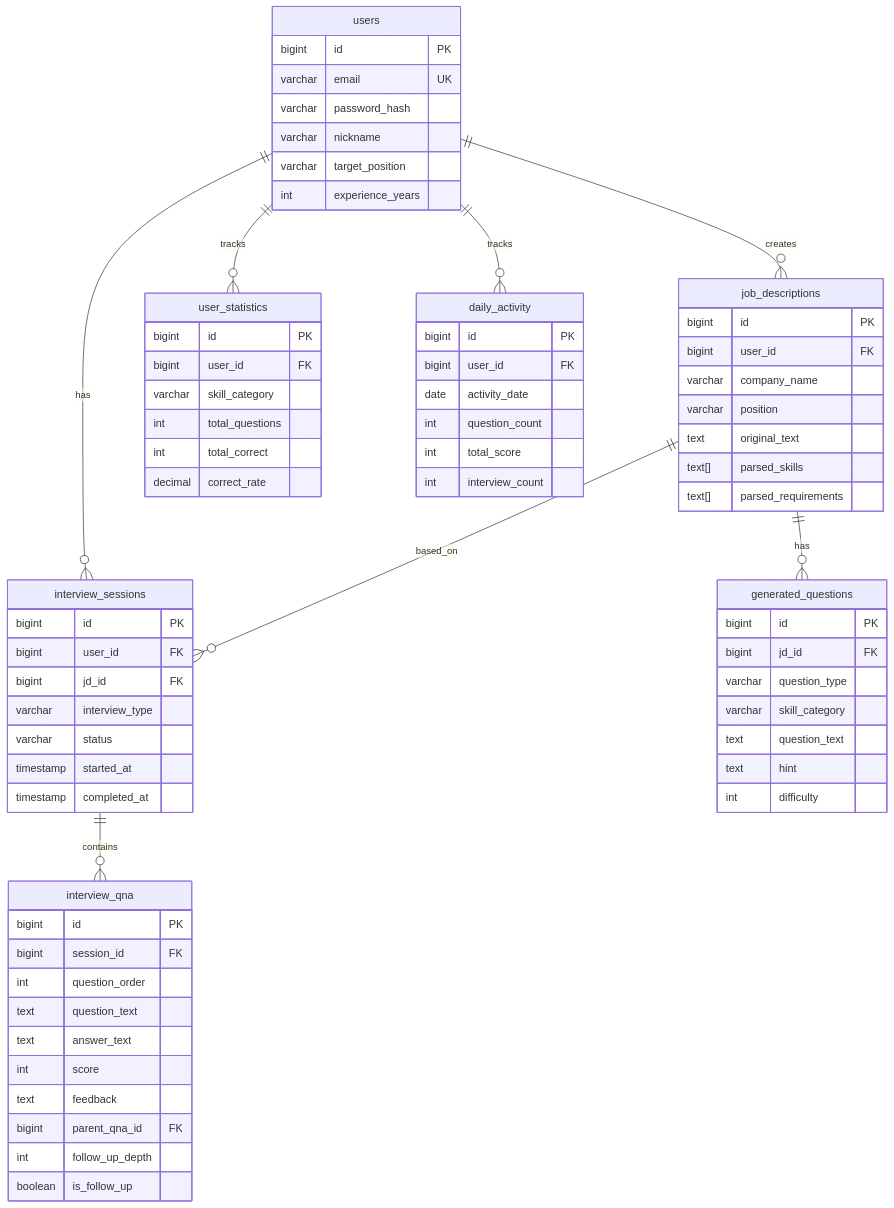
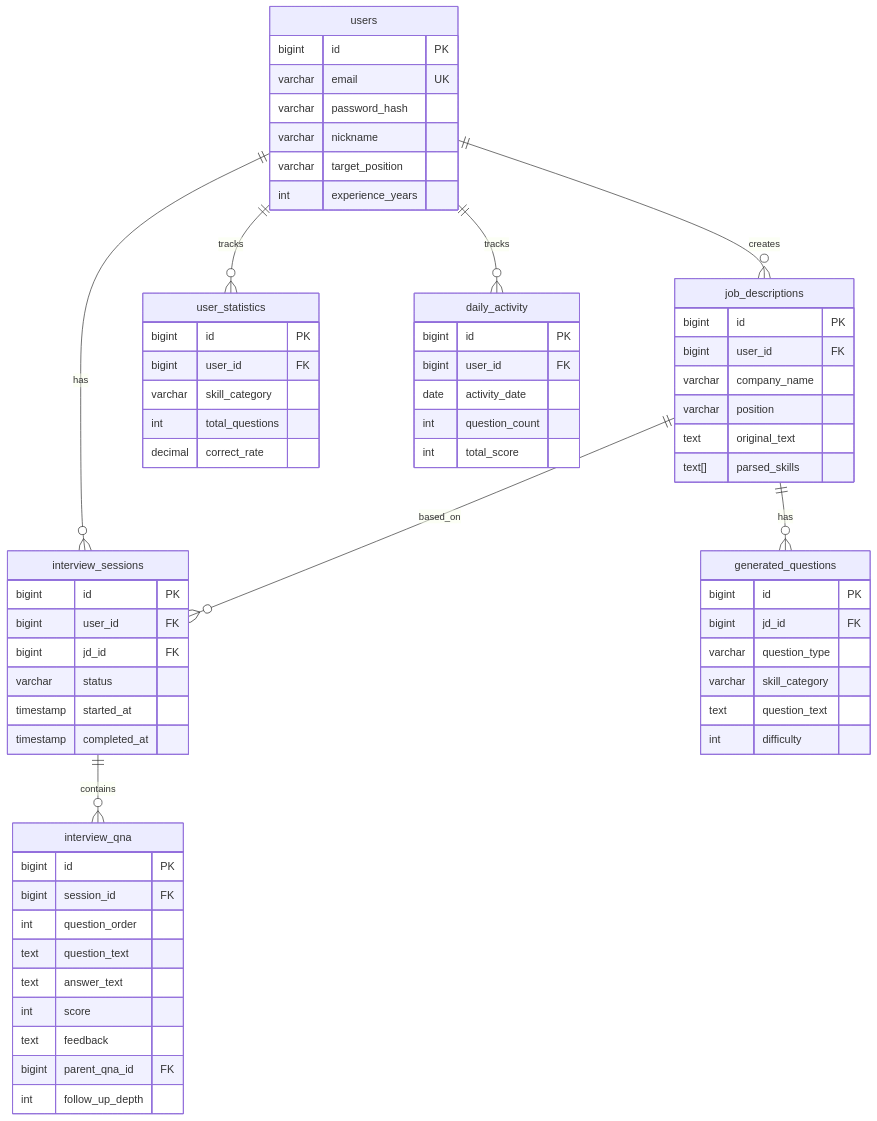
One commit to jinhyuk9714/interview-coach changed the second of 2 diagrams in README.md. Above: the diagram before and after it, drawn with Mermaid. The commit also changed other lines of this file, not shown here.

````diff
--- a/README.md
+++ b/README.md
@@ -387,81 +172,74 @@
 ```mermaid
 erDiagram
     users ||--o{ job_descriptions : creates
     users ||--o{ interview_sessions : has
+    users ||--o{ user_statistics : tracks
+    users ||--o{ daily_activity : tracks
     job_descriptions ||--o{ generated_questions : has
     job_descriptions ||--o{ interview_sessions : based_on
     interview_sessions ||--o{ interview_qna : contains
-    users ||--o{ user_statistics : tracks
 
     users {
         bigint id PK
         varchar email UK
         varchar password_hash
         varchar nickname
         varchar target_position
         int experience_years
     }
 
     job_descriptions {
         bigint id PK
         bigint user_id FK
         varchar company_name
         varchar position
         text original_text
         text[] parsed_skills
-        text[] parsed_requirements
     }
 
     generated_questions {
         bigint id PK
         bigint jd_id FK
         varchar question_type
         varchar skill_category
         text question_text
-        text hint
         int difficulty
     }
 
     interview_sessions {
         bigint id PK
         bigint user_id FK
         bigint jd_id FK
-        varchar interview_type
         varchar status
         timestamp started_at
         timestamp completed_at
     }
 
     interview_qna {
         bigint id PK
         bigint session_id FK
         int question_order
         text question_text
         text answer_text
         int score
         text feedback
         bigint parent_qna_id FK
         int follow_up_depth
-        boolean is_follow_up
     }
 
     user_statistics {
         bigint id PK
         bigint user_id FK
         varchar skill_category
         int total_questions
-        int total_correct
         decimal correct_rate
     }
 
     daily_activity {
         bigint id PK
         bigint user_id FK
         date activity_date
         int question_count
         int total_score
-        int interview_count
     }
-
-    users ||--o{ daily_activity : tracks
 ```
````
